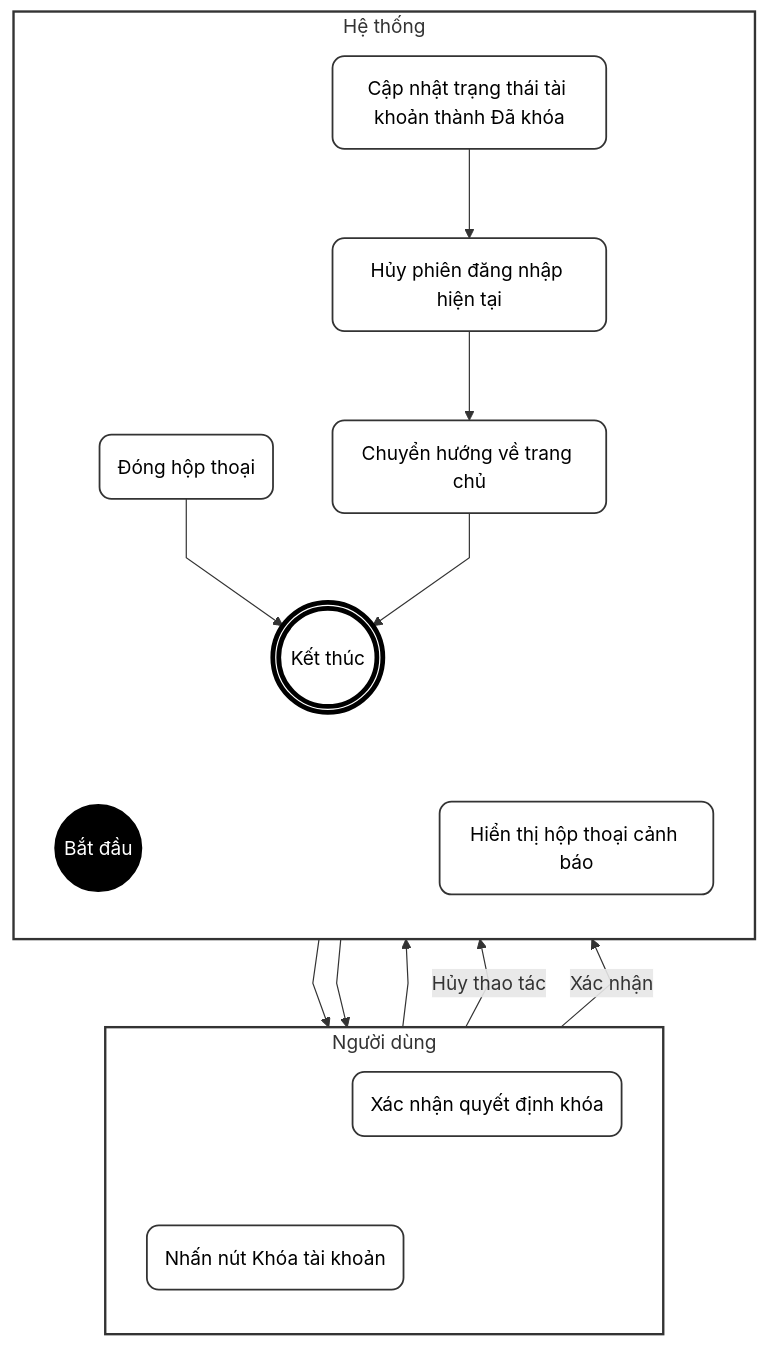
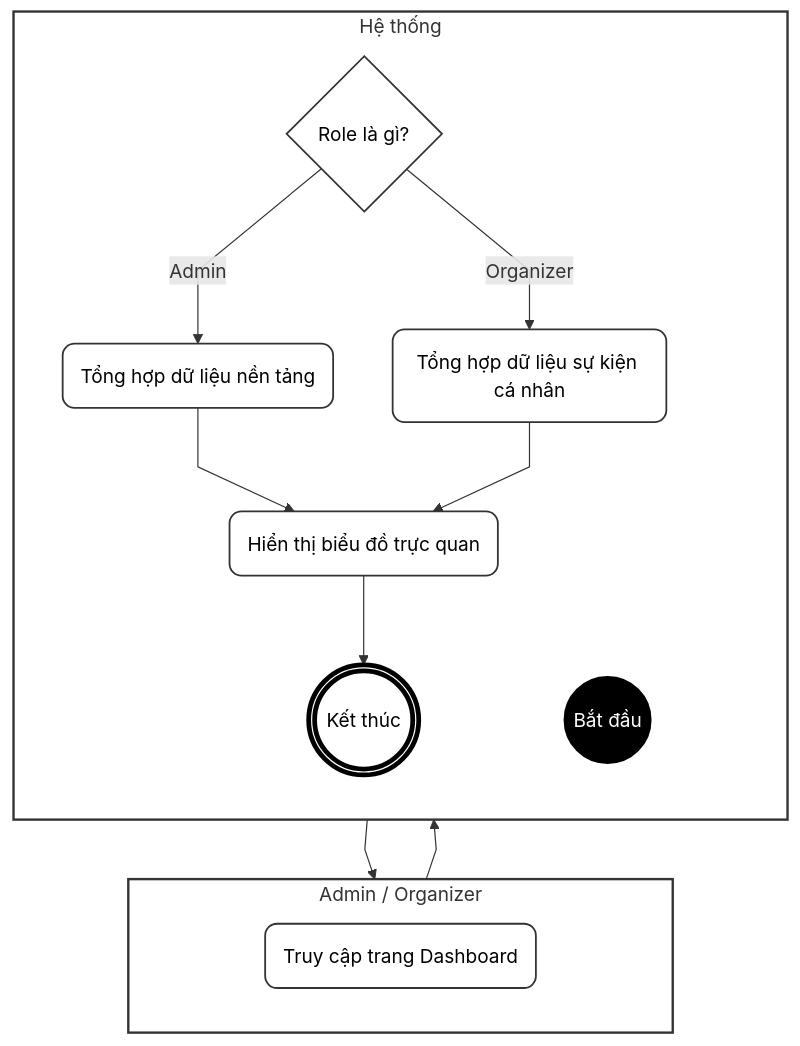
One commit to ChuDucAnh21/BE-quan-ly-su-kien changed the eighth of 8 diagrams in doc/system_analysis/activity diagram/08a_activity_auth_profile.md. Above: the diagram before and after it, drawn with Mermaid. The commit also changed other lines of this file and 14 other files, not shown here.

````diff
--- a/doc/system_analysis/activity diagram/08a_activity_auth_profile.md
+++ b/doc/system_analysis/activity diagram/08a_activity_auth_profile.md
@@ -493,52 +337,40 @@
 ```mermaid
 %%{init: {"flowchart": {"curve": "linear"}}}%%
 flowchart TD
     classDef default fill:#fff,stroke:#333,stroke-width:1.5px,color:#000,rx:10px,ry:10px;
     classDef startNode fill:#000,stroke:#000,color:#fff;
     classDef endNode fill:#fff,stroke:#000,stroke-width:4px,color:#000;
     classDef hidden fill:none,stroke:none,color:none;
 
-    subgraph TacNhan [Người dùng]
+    subgraph Actor [Admin / Organizer]
         direction TB
         T_start(" "):::hidden
-        A(Nhấn nút Khóa tài khoản)
-        B(Xác nhận quyết định khóa)
+        A(Truy cập trang Dashboard)
         T_end(" "):::hidden
     end
 
-    subgraph HeThong [Hệ thống]
+    subgraph System [Hệ thống]
         direction TB
         H_start(" "):::hidden
         Start((Bắt đầu)):::startNode
-        C(Hiển thị hộp thoại cảnh báo)
-        D(Đóng hộp thoại)
-        E(Cập nhật trạng thái tài khoản thành Đã khóa)
-        F(Hủy phiên đăng nhập hiện tại)
-        G(Chuyển hướng về trang chủ)
+        B{Role là gì?}
+        C(Tổng hợp dữ liệu nền tảng)
+        D(Tổng hợp dữ liệu sự kiện cá nhân)
+        E(Hiển thị biểu đồ trực quan)
         End(((Kết thúc))):::endNode
         H_end(" "):::hidden
     end
 
     T_start ~~~ H_start
     T_end ~~~ H_end
+    Start --> A
+    A --> B
+    B -- Admin --> C
+    B -- Organizer --> D
+    C --> E
+    D --> E
+    E --> End
 
-    T_start ~~~ A
-    B ~~~ T_end
-
-    H_start ~~~ Start
-    End ~~~ H_end
-
-    Start --> A
-    A --> C
-    C --> B
-    B -- Hủy thao tác --> D
-    D --> End
-
-    B -- Xác nhận --> E
-    E --> F
-    F --> G
-    G --> End
-
-    style TacNhan fill:#fff,stroke:#333,stroke-width:2px
-    style HeThong fill:#fff,stroke:#333,stroke-width:2px
+    style Actor fill:#fff,stroke:#333,stroke-width:2px
+    style System fill:#fff,stroke:#333,stroke-width:2px
 ```
````
